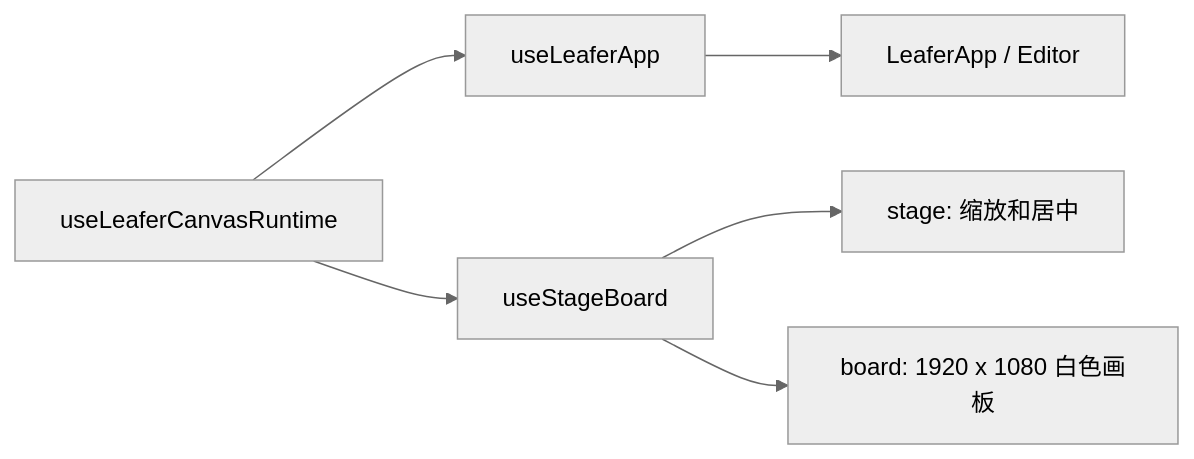
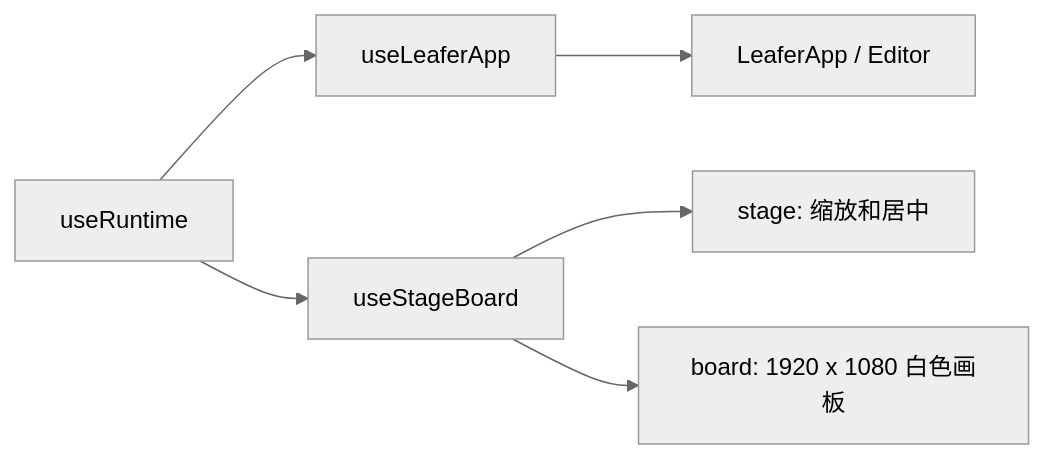
One commit to Tajigaqzh/paint-canvas changed the second of 8 diagrams in src/pages/home/hooks/README.md. Above: the diagram before and after it, drawn with Mermaid (neutral theme). The commit also changed other lines of this file and 101 other files, not shown here.

Commit message:
refactor: 拆分 Leafer hook 并接入图片缓存与单测

````diff
--- a/src/pages/home/hooks/README.md
+++ b/src/pages/home/hooks/README.md
@@ -73,8 +80,8 @@
 ```mermaid
 flowchart LR
-  Runtime[useLeaferCanvasRuntime] --> App[useLeaferApp]
+  Runtime[useRuntime] --> App[useLeaferApp]
   Runtime --> Stage[useStageBoard]
   App --> LeaferApp[LeaferApp / Editor]
   Stage --> StageNode[stage: 缩放和居中]
   Stage --> BoardNode[board: 1920 x 1080 白色画板]
 ```
````
